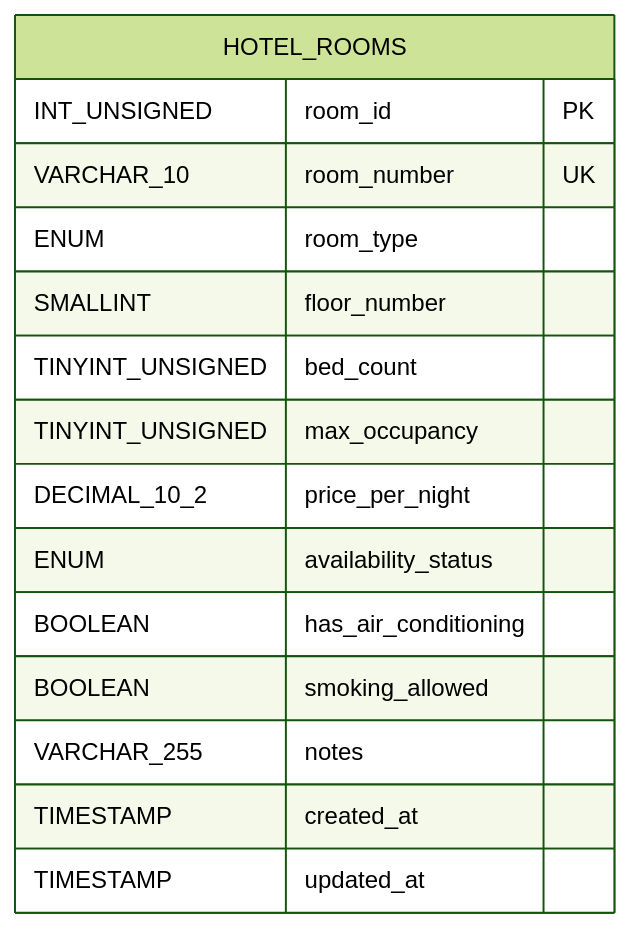
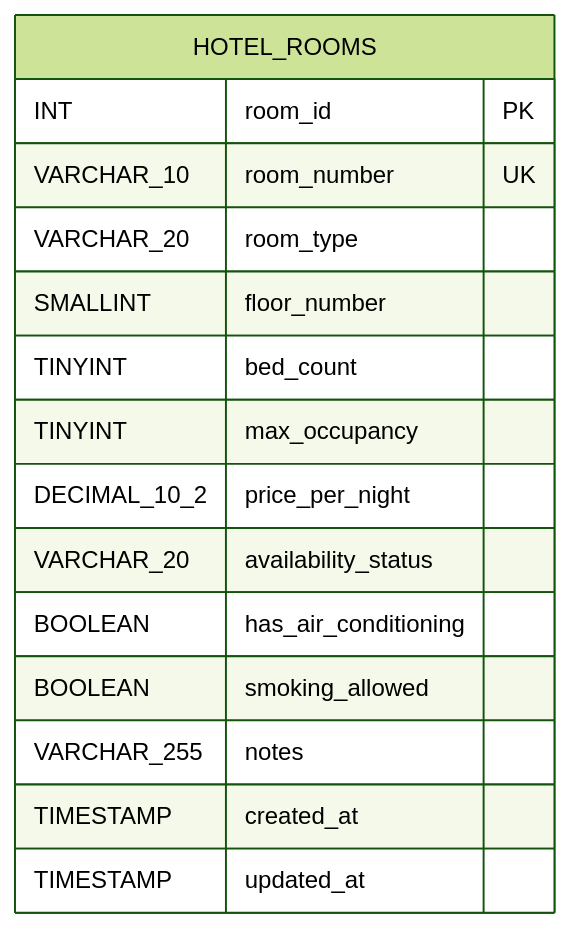
Before and after one commit to arvind-codegnan/cdg-hyd-jfs-058: diagram 16 of 20 in sql-exercises-part-1.md, drawn with Mermaid (forest theme). The commit also changed other lines of this file, not shown here.

````diff
--- a/sql-exercises-part-1.md
+++ b/sql-exercises-part-1.md
@@ -619,18 +617,18 @@
 ```mermaid
 erDiagram
     HOTEL_ROOMS {
-        INT_UNSIGNED room_id PK
+        INT room_id PK
         VARCHAR_10 room_number UK
-        ENUM room_type
+        VARCHAR_20 room_type
         SMALLINT floor_number
-        TINYINT_UNSIGNED bed_count
-        TINYINT_UNSIGNED max_occupancy
+        TINYINT bed_count
+        TINYINT max_occupancy
         DECIMAL_10_2 price_per_night
-        ENUM availability_status
+        VARCHAR_20 availability_status
         BOOLEAN has_air_conditioning
         BOOLEAN smoking_allowed
         VARCHAR_255 notes
         TIMESTAMP created_at
         TIMESTAMP updated_at
     }
 ```
````
